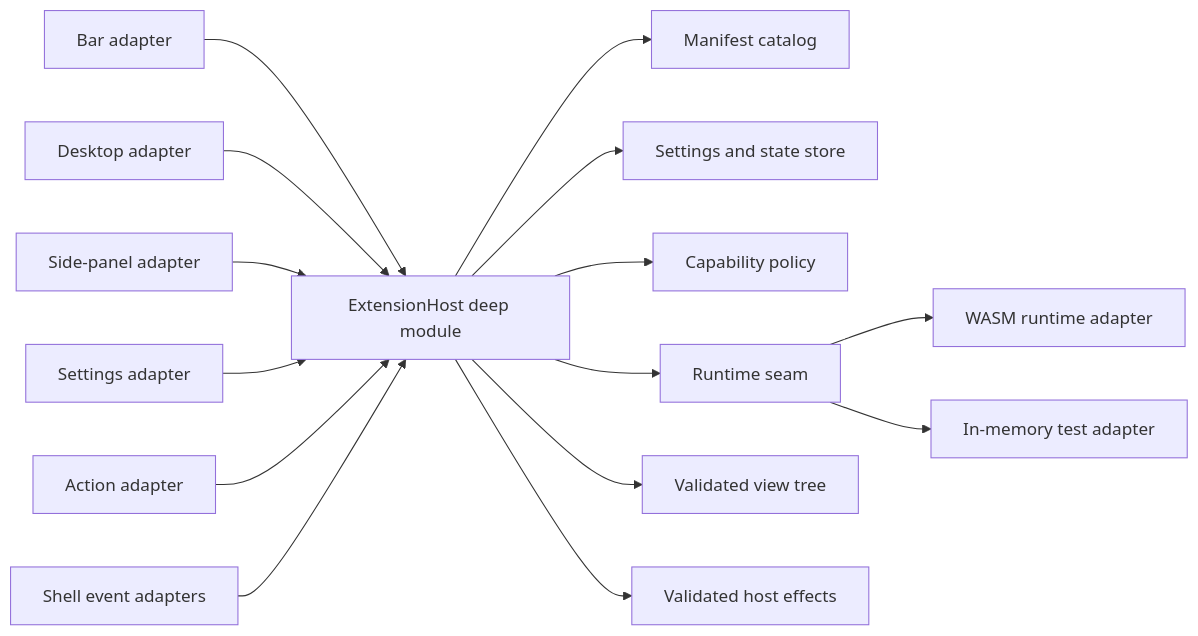
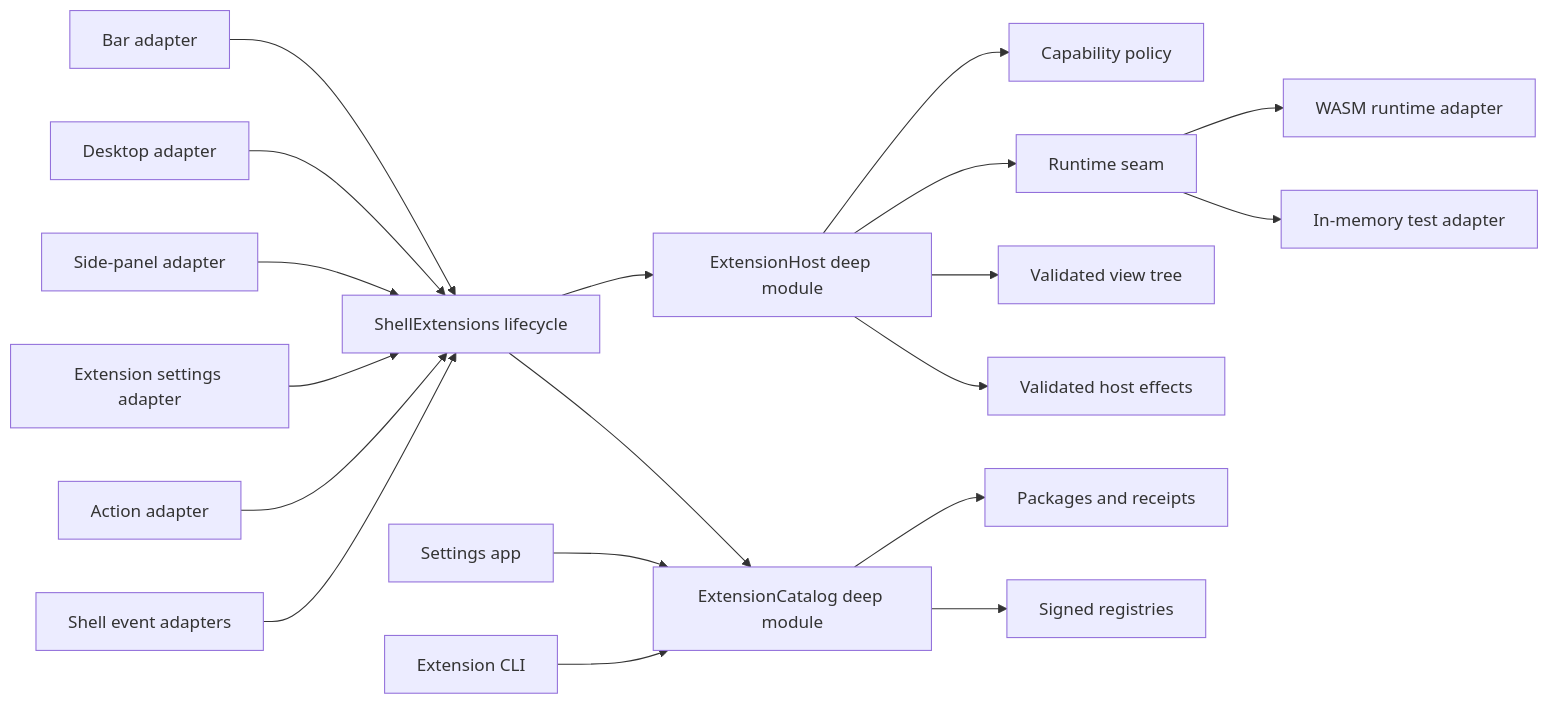
The diagram in docs/architecture/extensions.md (sayeed205/shilpo), drawn with Mermaid before and after one commit. The commit also changed other lines of this file and 16 other files, not shown here.

First line of the commit message:
feat(config,ext,shell,settings,docs): add http and ext settings

````diff
--- a/docs/architecture/extensions.md
+++ b/docs/architecture/extensions.md
@@ -69,24 +64,32 @@
 ```mermaid
 flowchart LR
     BAR[Bar adapter]
     DESKTOP[Desktop adapter]
     PANEL[Side-panel adapter]
-    SETTINGS[Settings adapter]
+    SURFACE_SETTINGS[Extension settings adapter]
     ACTIONS[Action adapter]
     EVENTS[Shell event adapters]
-    BAR --> HOST
-    DESKTOP --> HOST
-    PANEL --> HOST
-    SETTINGS --> HOST
-    ACTIONS --> HOST
-    EVENTS --> HOST
+    SETTINGS[Settings app]
+    CLI[Extension CLI]
+    BAR --> SHELL
+    DESKTOP --> SHELL
+    PANEL --> SHELL
+    SURFACE_SETTINGS --> SHELL
+    ACTIONS --> SHELL
+    EVENTS --> SHELL
+    SHELL[ShellExtensions lifecycle]
+    SHELL --> CATALOG
+    SHELL --> HOST
+    SETTINGS --> CATALOG
+    CLI --> CATALOG
     HOST[ExtensionHost deep module]
-    HOST --> CATALOG[Manifest catalog]
-    HOST --> STORE[Settings and state store]
     HOST --> POLICY[Capability policy]
     HOST --> RUNTIME[Runtime seam]
     RUNTIME --> WASM[WASM runtime adapter]
     RUNTIME --> MEMORY[In-memory test adapter]
     HOST --> VIEW[Validated view tree]
     HOST --> EFFECTS[Validated host effects]
+    CATALOG[ExtensionCatalog deep module]
+    CATALOG --> PACKAGES[Packages and receipts]
+    CATALOG --> REGISTRIES[Signed registries]
 ```
````
